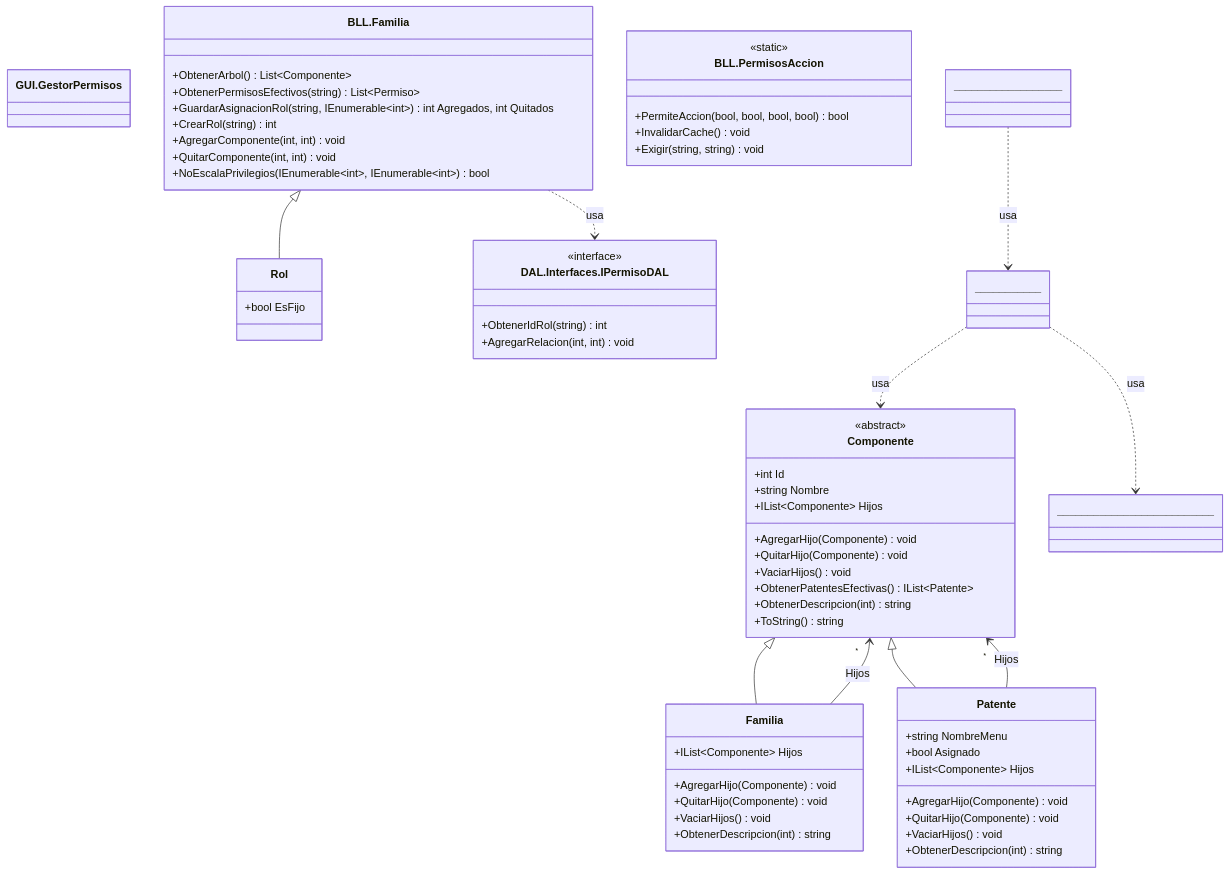
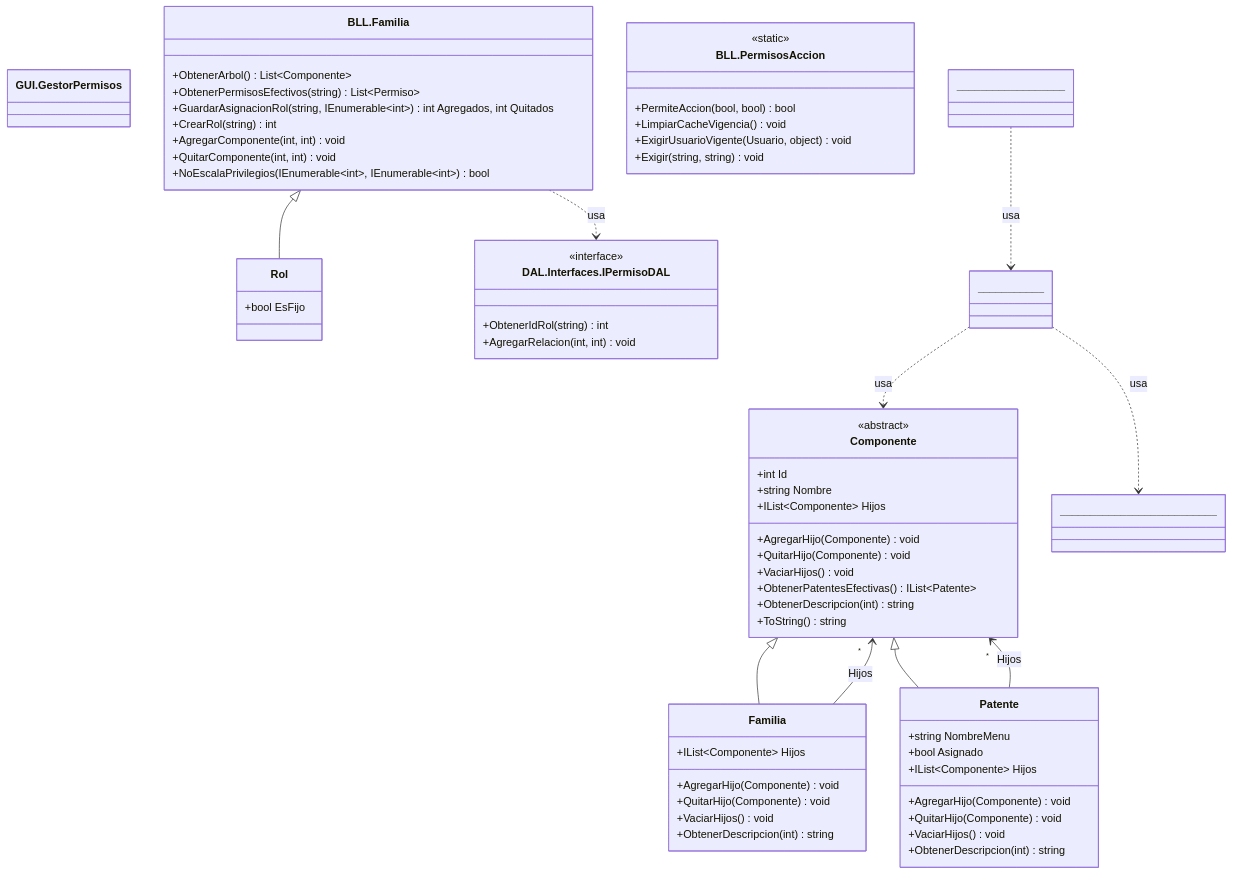
The diagram in docs/diagramas/mermaid/CLASES_T04_perfiles.mmd (valentinamorana/Trabajo-de-Diploma), drawn with Mermaid before and after one commit. The commit also changed 65 other files, not shown here.

```diff
--- a/docs/diagramas/mermaid/CLASES_T04_perfiles.mmd
+++ b/docs/diagramas/mermaid/CLASES_T04_perfiles.mmd
@@ -1,64 +1,65 @@
 classDiagram
   direction TB
   class GUI_GestorPermisos["GUI.GestorPermisos"] {
   }
   class BLL_Familia["BLL.Familia"] {
     +ObtenerArbol() List~Componente~
     +ObtenerPermisosEfectivos(string) List~Permiso~
     +GuardarAsignacionRol(string,  IEnumerable~int~) int Agregados, int Quitados
     +CrearRol(string) int
     +AgregarComponente(int,  int) void
     +QuitarComponente(int,  int) void
     +NoEscalaPrivilegios(IEnumerable~int~,  IEnumerable~int~) bool
   }
   class BLL_PermisosAccion["BLL.PermisosAccion"] {
     <<static>>
-    +PermiteAccion(bool,  bool,  bool,  bool) bool
-    +InvalidarCache() void
+    +PermiteAccion(bool,  bool) bool
+    +LimpiarCacheVigencia() void
+    +ExigirUsuarioVigente(Usuario,  object) void
     +Exigir(string,  string) void
   }
   class Componente {
     <<abstract>>
     +int Id
     +string Nombre
     +IList~Componente~ Hijos
     +AgregarHijo(Componente) void
     +QuitarHijo(Componente) void
     +VaciarHijos() void
     +ObtenerPatentesEfectivas() IList~Patente~
     +ObtenerDescripcion(int) string
     +ToString() string
   }
   class Familia {
     +IList~Componente~ Hijos
     +AgregarHijo(Componente) void
     +QuitarHijo(Componente) void
     +VaciarHijos() void
     +ObtenerDescripcion(int) string
   }
   class Patente {
     +string NombreMenu
     +bool Asignado
     +IList~Componente~ Hijos
     +AgregarHijo(Componente) void
     +QuitarHijo(Componente) void
     +VaciarHijos() void
     +ObtenerDescripcion(int) string
   }
   class Rol {
     +bool EsFijo
   }
   class DAL_Interfaces_IPermisoDAL["DAL.Interfaces.IPermisoDAL"] {
     <<interface>>
     +ObtenerIdRol(string) int
     +AgregarRelacion(int,  int) void
   }
   BLL_Familia ..> DAL_Interfaces_IPermisoDAL : usa
   Componente <|-- Familia
   Familia --> "*" Componente : Hijos
   Componente <|-- Patente
   Patente --> "*" Componente : Hijos
   BLL_Familia <|-- Rol
   __________________ ..> ___________ : usa
   ___________ ..> __________________________ : usa
   ___________ ..> Componente : usa
```
